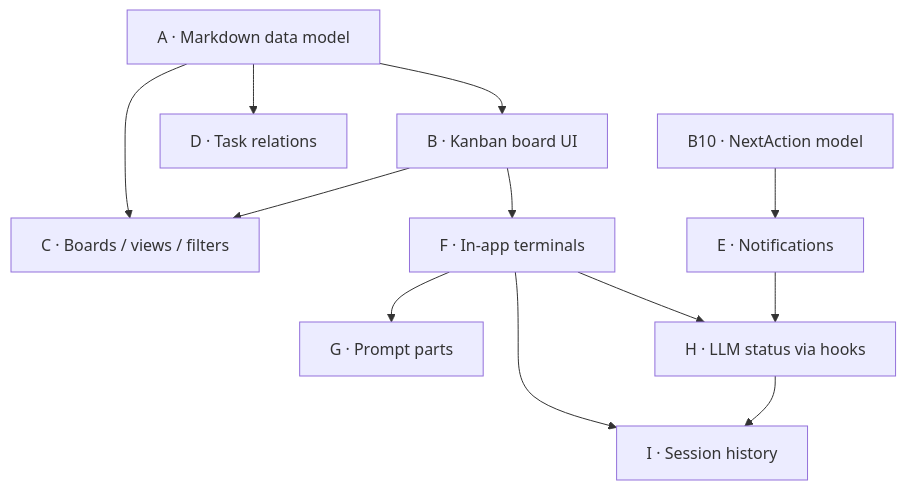
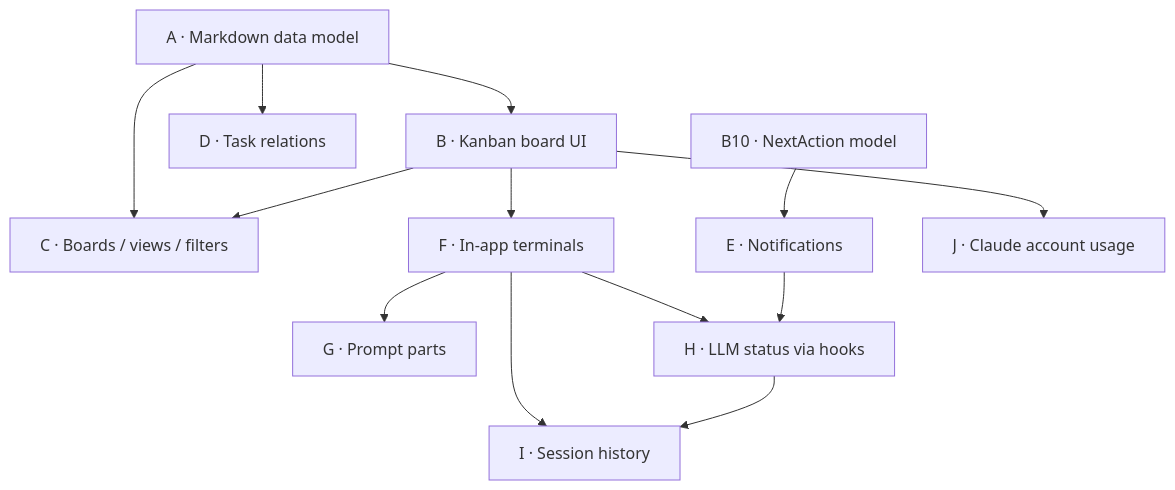
The diagram in DEPENDENCIES.md (vitaliyreznikov/build-your-own-taskman), drawn with Mermaid before and after one commit. The commit also changed other lines of this file and 2 other files, not shown here.

Commit message:
Add J01: Claude usage-limit widget (pace-relative)
New Epic J for account-level Claude usage limits. J01 specs a left-sidebar
widget showing 5h + weekly used%, a pace-relative delta (time-elapsed% minus
used%, signed so + = headroom / - = burning fast), and a reset countdown.
Sourced from the /api/oauth/usage endpoint.

````diff
--- a/DEPENDENCIES.md
+++ b/DEPENDENCIES.md
@@ -9,14 +9,15 @@
 ```mermaid
 graph TD
   A[A · Markdown data model] --> B[B · Kanban board UI]
   A --> C[C · Boards / views / filters]
   A --> D[D · Task relations]
   B --> C
   B10[B10 · NextAction model] --> E[E · Notifications]
   B --> F[F · In-app terminals]
   F --> G[G · Prompt parts]
   F --> H[H · LLM status via hooks]
   E --> H
   F --> I[I · Session history]
   H --> I
+  B --> J[J · Claude account usage]
 ```
````
